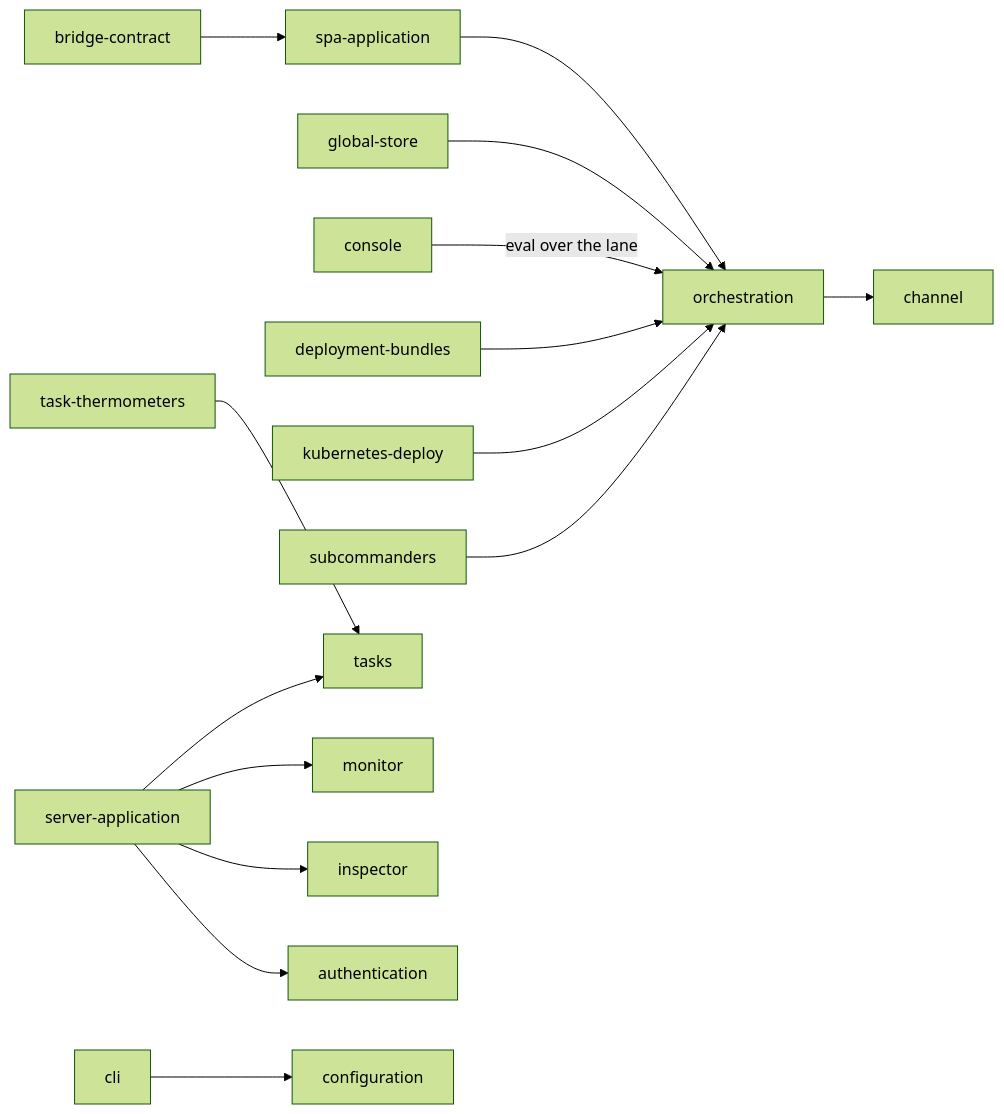
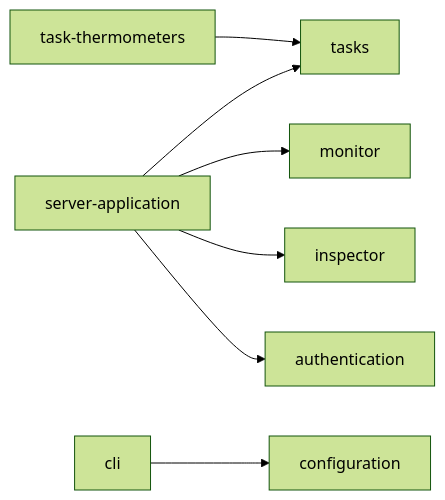
The diagram in internals/00_overview/README.md (kajenn-org/kajenn), drawn with Mermaid (forest theme) before and after one commit. The commit also changed other lines of this file and 37 other files, not shown here.

````diff
--- a/internals/00_overview/README.md
+++ b/internals/00_overview/README.md
@@ -390,14 +361,6 @@
 ```mermaid
 flowchart LR
-    SPA[spa-application] --> ORC[orchestration]
-    GS[global-store] --> ORC
-    BRC[bridge-contract] --> SPA
-    CON[console] -->|eval over the lane| ORC
-    ORC --> CH[channel]
-    BUN[deployment-bundles] --> ORC
-    K8S[kubernetes-deploy] --> ORC
-    SUB[subcommanders] --> ORC
     TH[task-thermometers] --> TSK[tasks]
     SRVA[server-application] --> MON[monitor] & INS[inspector] & TSK & AUTH[authentication]
     CLI[cli] --> CFG[configuration]
 ```
````
